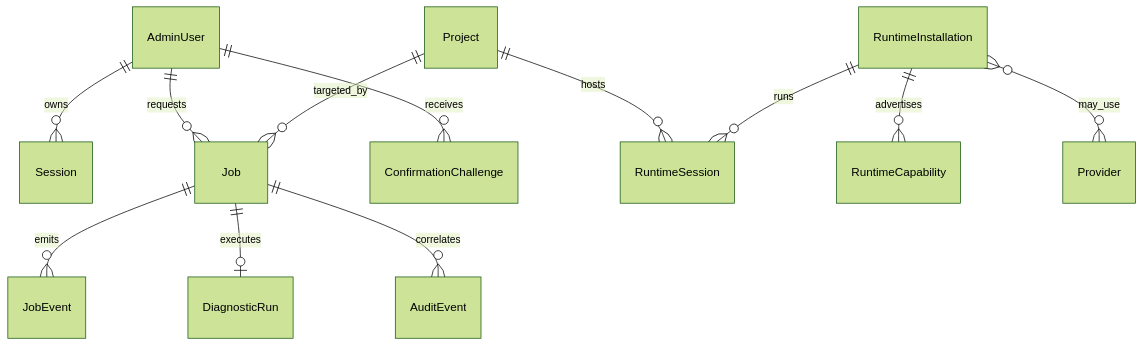
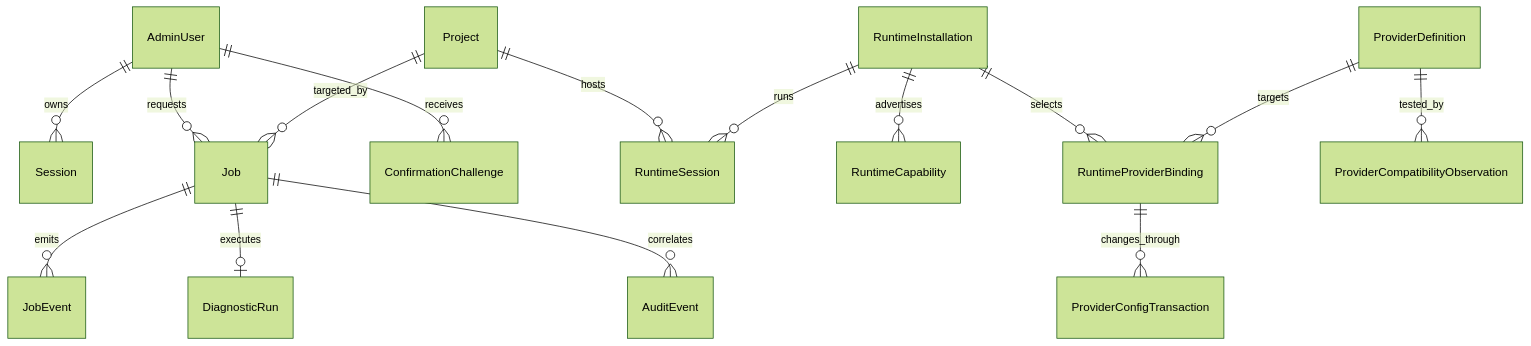
The diagram in docs/DATA_MODEL.md (ForceMind/agentbox), drawn with Mermaid (forest theme) before and after one commit. The commit also changed other lines of this file and 11 other files, not shown here.

````diff
--- a/docs/DATA_MODEL.md
+++ b/docs/DATA_MODEL.md
@@ -309,14 +340,17 @@
 ```mermaid
 erDiagram
     AdminUser ||--o{ Session : owns
     AdminUser ||--o{ Job : requests
     AdminUser ||--o{ ConfirmationChallenge : receives
     Project ||--o{ RuntimeSession : hosts
     RuntimeInstallation ||--o{ RuntimeCapability : advertises
     RuntimeInstallation ||--o{ RuntimeSession : runs
-    RuntimeInstallation }o--o{ Provider : may_use
+    RuntimeInstallation ||--o{ RuntimeProviderBinding : selects
+    ProviderDefinition ||--o{ RuntimeProviderBinding : targets
+    ProviderDefinition ||--o{ ProviderCompatibilityObservation : tested_by
+    RuntimeProviderBinding ||--o{ ProviderConfigTransaction : changes_through
     Job ||--o{ JobEvent : emits
     Job ||--o| DiagnosticRun : executes
     Job ||--o{ AuditEvent : correlates
     Project ||--o{ Job : targeted_by
 ```
````
